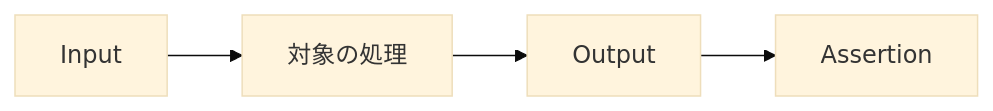
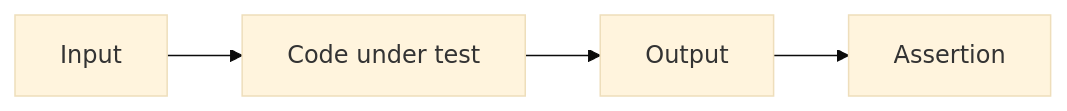
One commit to Rerurate514/riebeckite changed the second of 6 diagrams in docs/docs/framework/testing.md. Above: the diagram before and after it, drawn with Mermaid (base theme). The commit also changed other lines of this file and 604 other files, not shown here.

````diff
--- a/docs/docs/framework/testing.md
+++ b/docs/docs/framework/testing.md
@@ -198,11 +104,11 @@
 ```mermaid
 flowchart LR
     Input["Input"]
-    Function["対象の処理"]
+    Function["Code under test"]
     Output["Output"]
     Assert["Assertion"]
 
     Input --> Function
     Function --> Output
     Output --> Assert
 ```
````
